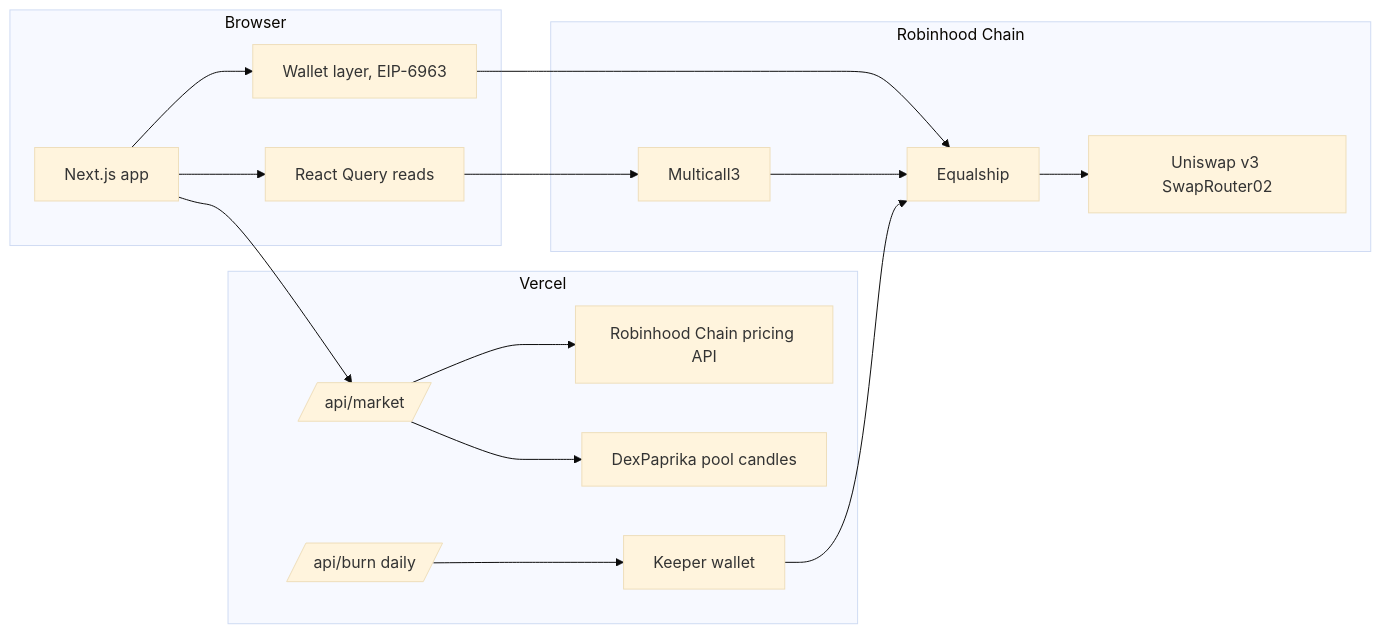
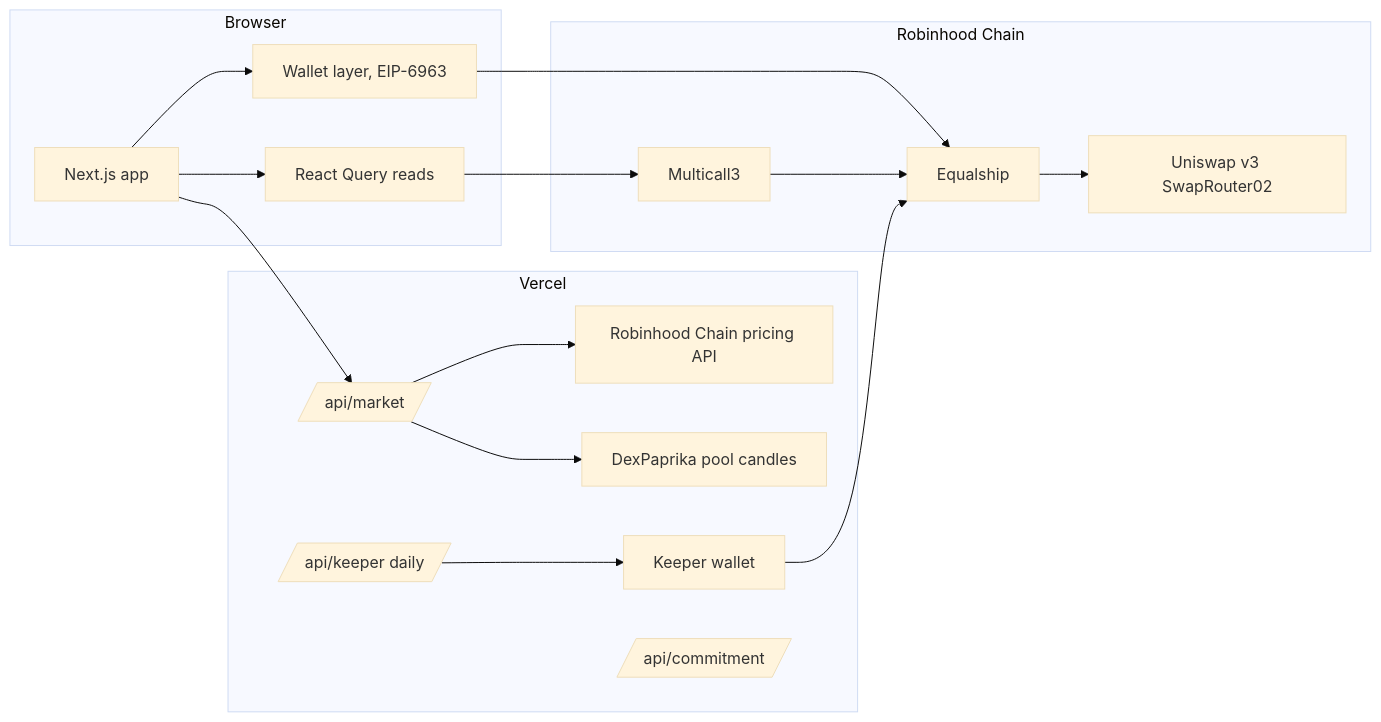
The third of 3 diagrams in README.md (angelraph/equalship), drawn with Mermaid (base theme) before and after one commit. The commit also changed other lines of this file and 3 other files, not shown here.

````diff
--- a/README.md
+++ b/README.md
@@ -225,20 +230,21 @@
 ```mermaid
 flowchart LR
   subgraph Browser
     UI[Next.js app] --> WL[Wallet layer, EIP-6963]
     UI --> RQ[React Query reads]
   end
   subgraph Vercel
     API[/api/market/] --> RH[Robinhood Chain pricing API]
     API --> DP[DexPaprika pool candles]
-    CRON[/api/burn daily/] --> K[Keeper wallet]
+    CRON[/api/keeper daily/] --> K[Keeper wallet]
+    CA[/api/commitment/]
   end
   subgraph Robinhood Chain
     EQ[Equalship] --> UNI[Uniswap v3 SwapRouter02]
     MC[Multicall3]
   end
   WL --> EQ
   RQ --> MC --> EQ
   UI --> API
   K --> EQ
 ```
````
